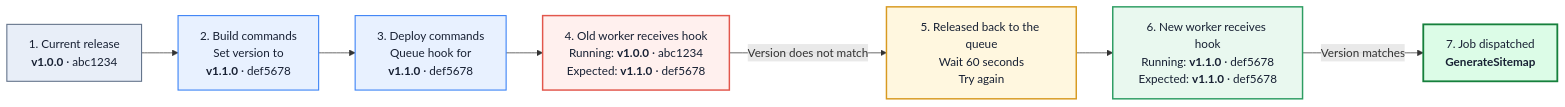
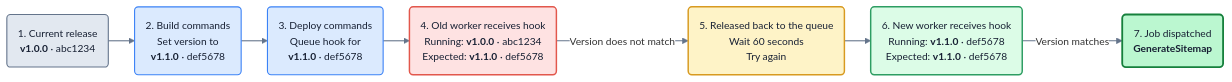
Before and after one commit to mathiasgrimm/laravel-post-deploy-hooks: the diagram in README.md, drawn with Mermaid.

Commit message:
Polish README deployment timeline

````diff
--- a/README.md
+++ b/README.md
@@ -92,22 +92,24 @@
 ```mermaid
+%%{init: {"flowchart": {"curve": "basis", "nodeSpacing": 28, "rankSpacing": 36}, "themeVariables": {"fontFamily": "system-ui, sans-serif", "fontSize": "14px", "lineColor": "#64748b", "edgeLabelBackground": "#ffffff"}}}%%
 flowchart LR
-    A["1. Current release<br><b>v1.0.0</b> · abc1234"]:::current
-    B["2. Build commands<br>Set version to<br><b>v1.1.0</b> · def5678"]:::action
-    C["3. Deploy commands<br>Queue hook for<br><b>v1.1.0</b> · def5678"]:::action
-    D["4. Old worker receives hook<br>Running: <b>v1.0.0</b> · abc1234<br>Expected: <b>v1.1.0</b> · def5678"]:::mismatch
-    E["5. Released back to the queue<br>Wait 60 seconds<br>Try again"]:::waiting
-    F["6. New worker receives hook<br>Running: <b>v1.1.0</b> · def5678<br>Expected: <b>v1.1.0</b> · def5678"]:::match
-    G["7. Job dispatched<br><b>GenerateSitemap</b>"]:::success
+    A("1. Current release<br><b>v1.0.0</b> · abc1234"):::current
+    B("2. Build commands<br>Set version to<br><b>v1.1.0</b> · def5678"):::action
+    C("3. Deploy commands<br>Queue hook for<br><b>v1.1.0</b> · def5678"):::action
+    D("4. Old worker receives hook<br>Running: <b>v1.0.0</b> · abc1234<br>Expected: <b>v1.1.0</b> · def5678"):::mismatch
+    E("5. Released back to the queue<br>Wait 60 seconds<br>Try again"):::waiting
+    F("6. New worker receives hook<br>Running: <b>v1.1.0</b> · def5678<br>Expected: <b>v1.1.0</b> · def5678"):::match
+    G("7. Job dispatched<br><b>GenerateSitemap</b>"):::success
 
     A --> B --> C --> D
     D -->|Version does not match| E
     E --> F
     F -->|Version matches| G
 
-    classDef current fill:#e8eef8,stroke:#64748b,color:#172033,stroke-width:1.5px
-    classDef action fill:#e8f1ff,stroke:#3b82f6,color:#172033,stroke-width:1.5px
-    classDef mismatch fill:#fff0ee,stroke:#e2574c,color:#172033,stroke-width:2px
-    classDef waiting fill:#fff7df,stroke:#d89a20,color:#172033,stroke-width:2px
-    classDef match fill:#e9f8ef,stroke:#2d9d62,color:#172033,stroke-width:2px
-    classDef success fill:#dcfce7,stroke:#16803c,color:#172033,stroke-width:2.5px
+    classDef current fill:#e2e8f0,stroke:#64748b,color:#172033,stroke-width:1.5px
+    classDef action fill:#dbeafe,stroke:#3b82f6,color:#172033,stroke-width:1.5px
+    classDef mismatch fill:#fee2e2,stroke:#e2574c,color:#172033,stroke-width:2px
+    classDef waiting fill:#fef3c7,stroke:#d89a20,color:#172033,stroke-width:2px
+    classDef match fill:#dcfce7,stroke:#2d9d62,color:#172033,stroke-width:2px
+    classDef success fill:#bbf7d0,stroke:#16803c,color:#172033,stroke-width:2.5px
+    linkStyle default stroke:#64748b,stroke-width:1.5px
 ```
````
